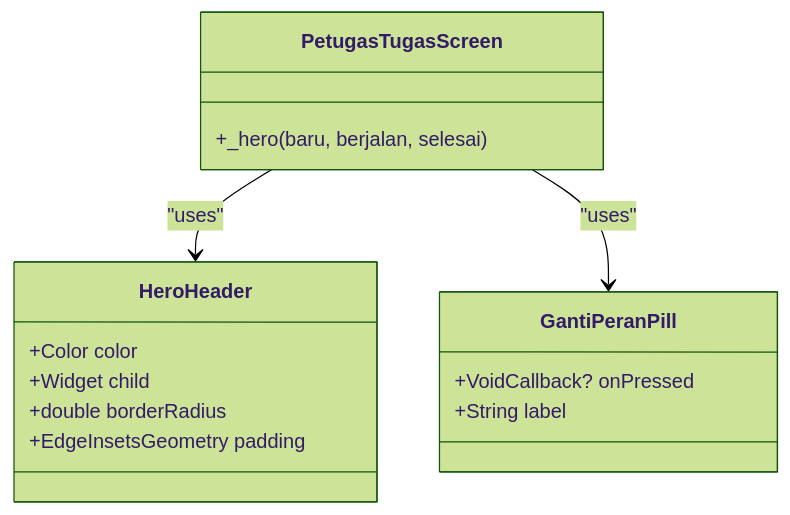
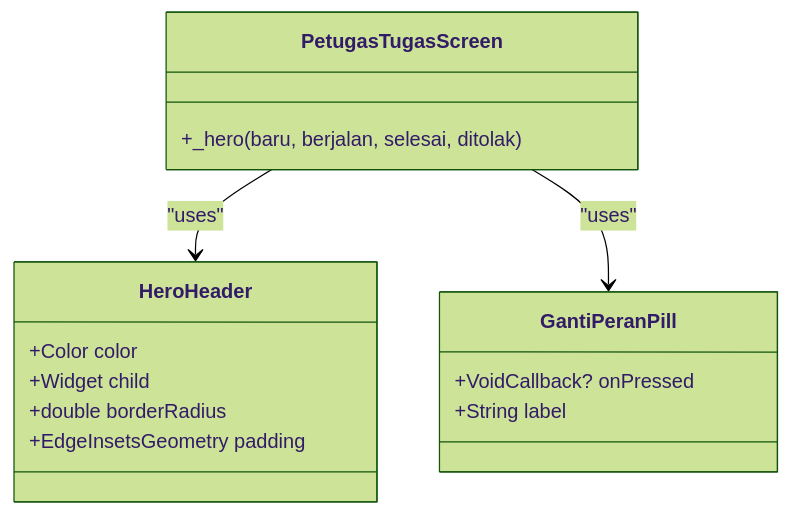
Before and after one commit to rdsarjito/whoosh-ramah: the seventh of 10 diagrams in .qoder/repowiki/en/content/Mobile Application/Staff Workflow/Task List Screen.md, drawn with Mermaid (forest theme). The commit also changed other lines of this file and 18 other files, not shown here.

````diff
--- a/.qoder/repowiki/en/content/Mobile Application/Staff Workflow/Task List Screen.md
+++ b/.qoder/repowiki/en/content/Mobile Application/Staff Workflow/Task List Screen.md
@@ -212,18 +236,18 @@
 ```mermaid
 classDiagram
 class HeroHeader {
 +Color color
 +Widget child
 +double borderRadius
 +EdgeInsetsGeometry padding
 }
 class GantiPeranPill {
 +VoidCallback? onPressed
 +String label
 }
 class PetugasTugasScreen {
-+_hero(baru, berjalan, selesai)
++_hero(baru, berjalan, selesai, ditolak)
 }
 PetugasTugasScreen --> HeroHeader : "uses"
 PetugasTugasScreen --> GantiPeranPill : "uses"
 ```
````
